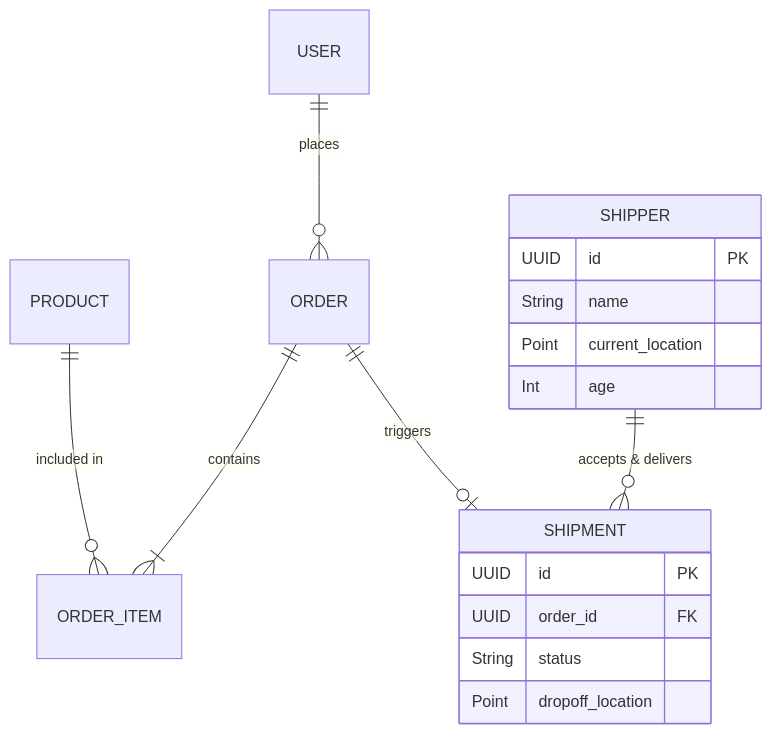
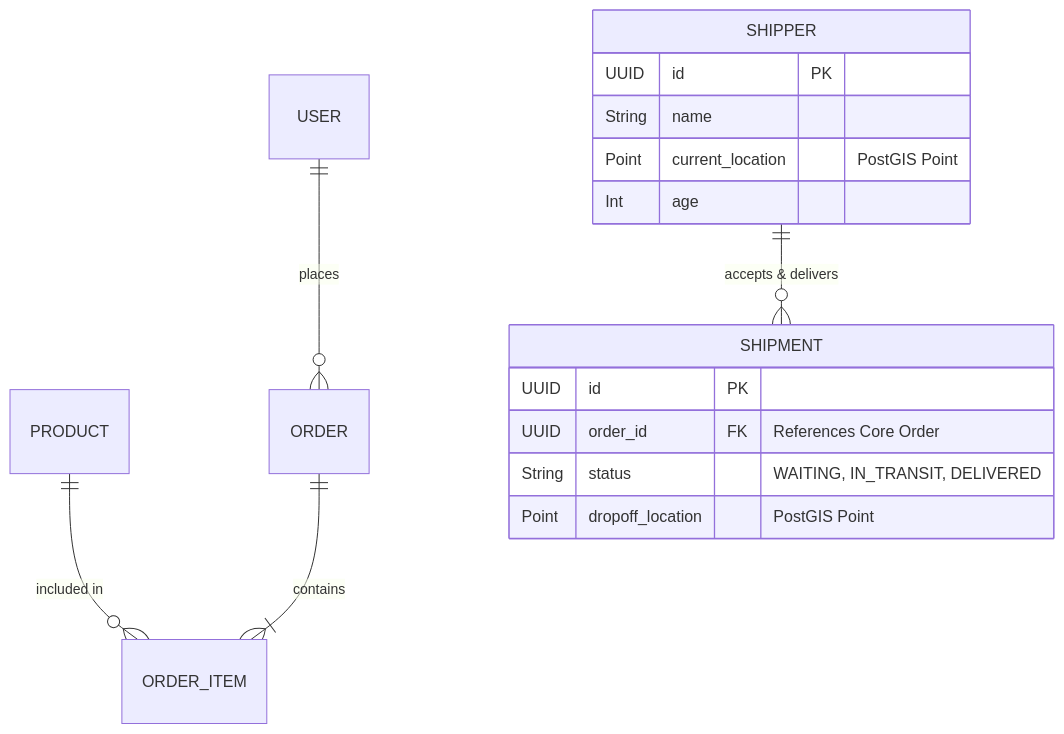
The second of 2 diagrams in README.md (sangvirgo/quickfood), drawn with Mermaid before and after one commit. The commit also changed other lines of this file, not shown here.

````diff
--- a/README.md
+++ b/README.md
@@ -73,25 +85,24 @@
 ```mermaid
 erDiagram
     %% Core Service Domain
     USER ||--o{ ORDER : "places"
     PRODUCT ||--o{ ORDER_ITEM : "included in"
     ORDER ||--|{ ORDER_ITEM : "contains"
     
-    %% Cross-service relationship (Conceptual)
-    ORDER ||--o| SHIPMENT : "triggers"
-    
     %% Delivery Service Domain
     SHIPPER ||--o{ SHIPMENT : "accepts & delivers"
+    
+    %% Detailed Entities
     SHIPPER {
         UUID id PK
         String name
-        Point current_location
+        Point current_location "PostGIS Point"
         Int age
     }
     SHIPMENT {
         UUID id PK
-        UUID order_id FK
-        String status
-        Point dropoff_location
+        UUID order_id FK "References Core Order"
+        String status "WAITING, IN_TRANSIT, DELIVERED"
+        Point dropoff_location "PostGIS Point"
     }
 ```
````
